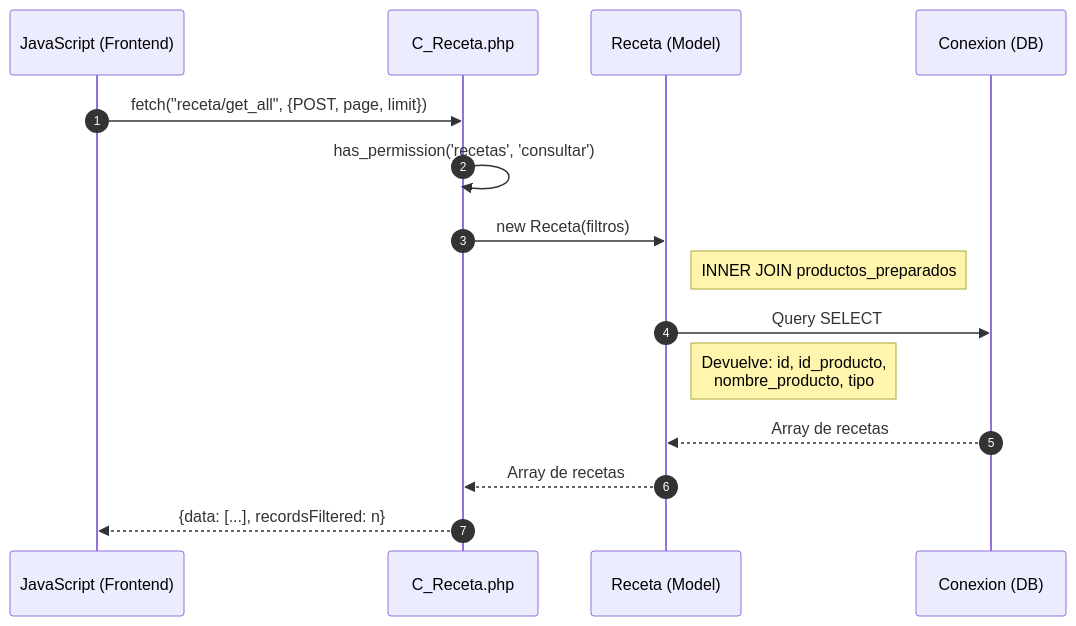
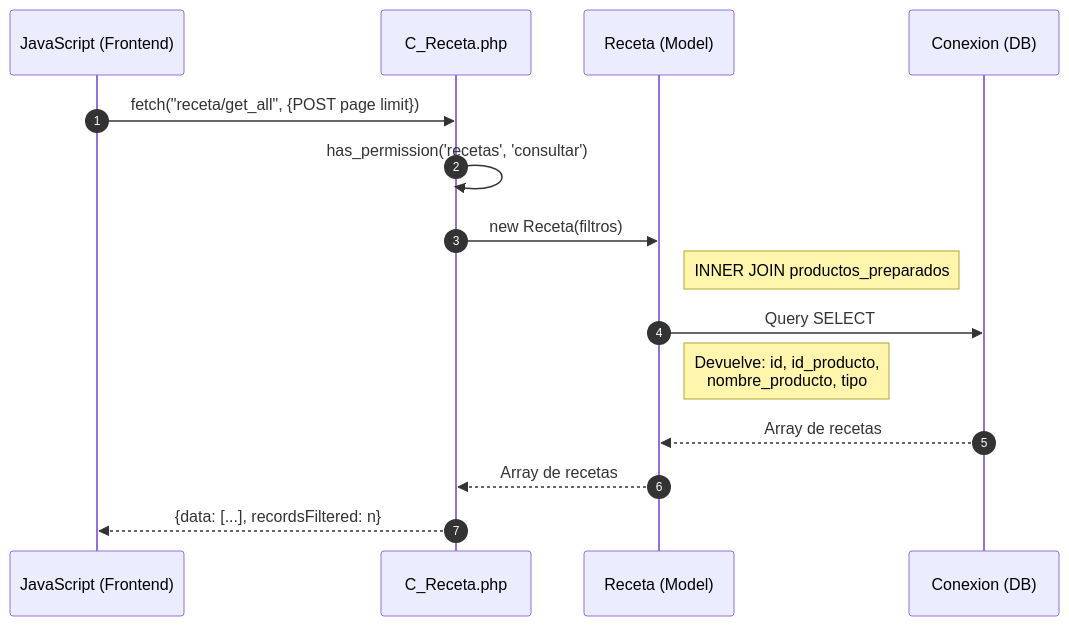
Before and after one commit to Tecrato/BurgerHouse: the second of 5 diagrams in docs/secuencia/recetas/recetas.md, drawn with Mermaid. The commit also changed other lines of this file and 13 other files, not shown here.

Commit message:
diagramas de secuencia

````diff
--- a/docs/secuencia/recetas/recetas.md
+++ b/docs/secuencia/recetas/recetas.md
@@ -43,22 +39,22 @@
 ```mermaid
 sequenceDiagram
     autonumber
     participant JS as JavaScript (Frontend)
     participant C_Receta as C_Receta.php
     participant Receta as Receta (Model)
     participant DB as Conexion (DB)
     
-    JS->>C_Receta: fetch("receta/get_all", {POST, page, limit})
+    JS->>C_Receta: fetch("receta/get_all", {POST page limit})
     
     C_Receta->>C_Receta: has_permission('recetas', 'consultar')
     
     C_Receta->>Receta: new Receta(filtros)
     
     Note right of Receta: INNER JOIN productos_preparados
     Receta->>DB: Query SELECT
     Note right of Receta: Devuelve: id, id_producto,<br/>nombre_producto, tipo
     DB-->>Receta: Array de recetas
     Receta-->>C_Receta: Array de recetas
     
     C_Receta-->>JS: {data: [...], recordsFiltered: n}
 ```
````
